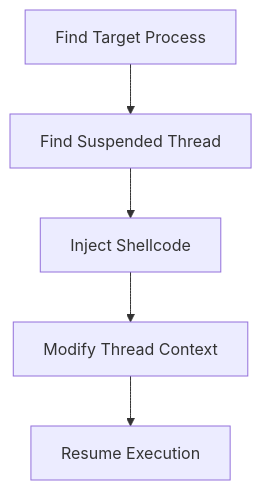
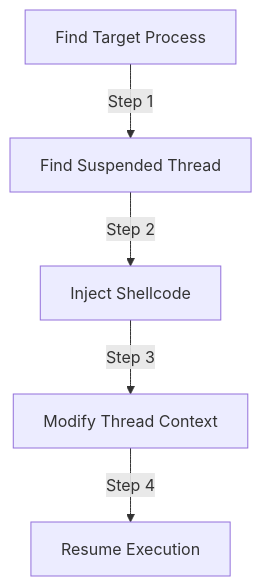
The third of 4 diagrams in README.md (CentralArkansasHackers/mashadar), drawn with Mermaid before and after one commit. The commit also changed other lines of this file, not shown here.

Commit message:
mermaid fix

````diff
--- a/README.md
+++ b/README.md
@@ -101,7 +102,7 @@
 ```mermaid
-graph TD
-  A[Find Target Process] --> B[Find Suspended Thread]
-  B --> C[Inject Shellcode]
-  C --> D[Modify Thread Context]
-  D --> E[Resume Execution]
+graph TD;
+    A[Find Target Process] -->|Step 1| B[Find Suspended Thread]
+    B -->|Step 2| C[Inject Shellcode]
+    C -->|Step 3| D[Modify Thread Context]
+    D -->|Step 4| E[Resume Execution]
 ```
````
